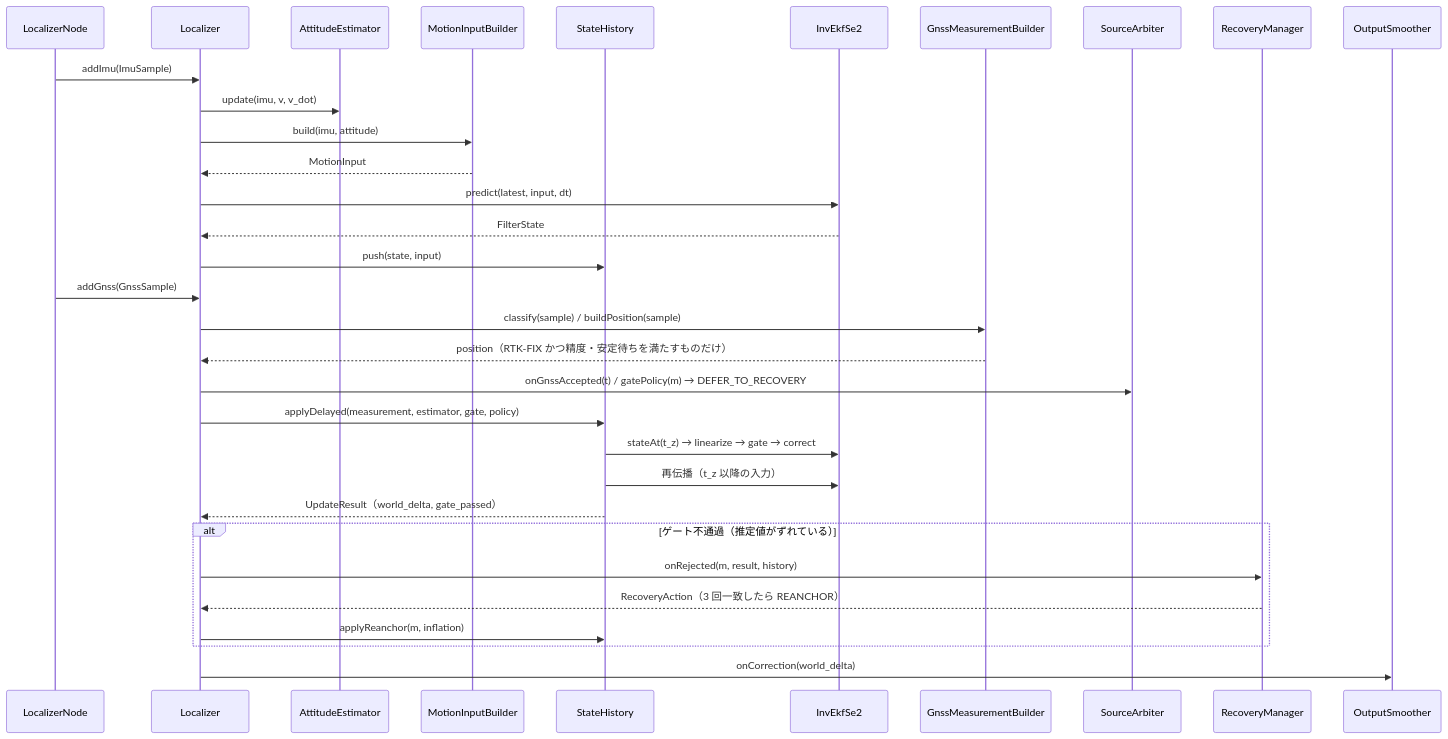
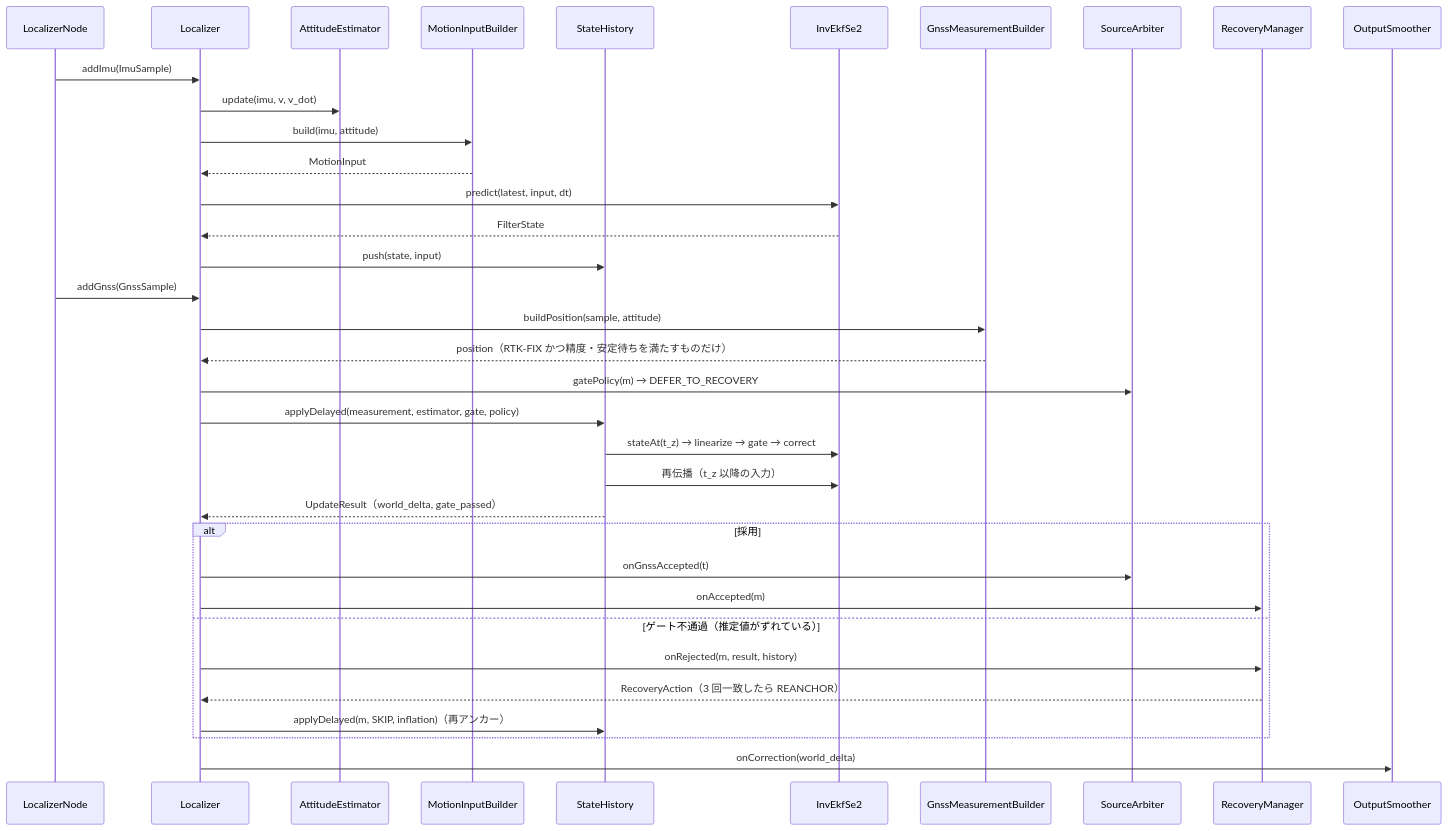
Before and after one commit to mamoru1126/gnss_and_lidar_localization: diagram 12 of 15 in docs/architecture.md, drawn with Mermaid. The commit also changed other lines of this file and 12 other files, not shown here.

First line of the commit message:
feat: 地図上での初期化にタイムアウトを追加し、Phase 2 に合わせて文書を更新

````diff
--- a/docs/architecture.md
+++ b/docs/architecture.md
@@ -893,36 +1099,39 @@
 ```mermaid
 sequenceDiagram
   participant N as LocalizerNode
   participant L as Localizer
   participant A as AttitudeEstimator
   participant M as MotionInputBuilder
   participant H as StateHistory
   participant E as InvEkfSe2
   participant G as GnssMeasurementBuilder
   participant AR as SourceArbiter
   participant RC as RecoveryManager
   participant S as OutputSmoother
 
   N->>L: addImu(ImuSample)
   L->>A: update(imu, v, v_dot)
   L->>M: build(imu, attitude)
   M-->>L: MotionInput
   L->>E: predict(latest, input, dt)
   E-->>L: FilterState
   L->>H: push(state, input)
 
   N->>L: addGnss(GnssSample)
-  L->>G: classify(sample) / buildPosition(sample)
+  L->>G: buildPosition(sample, attitude)
   G-->>L: position（RTK-FIX かつ精度・安定待ちを満たすものだけ）
-  L->>AR: onGnssAccepted(t) / gatePolicy(m) → DEFER_TO_RECOVERY
+  L->>AR: gatePolicy(m) → DEFER_TO_RECOVERY
   L->>H: applyDelayed(measurement, estimator, gate, policy)
   H->>E: stateAt(t_z) → linearize → gate → correct
   H->>E: 再伝播（t_z 以降の入力）
   H-->>L: UpdateResult（world_delta, gate_passed）
-  alt ゲート不通過（推定値がずれている）
+  alt 採用
+    L->>AR: onGnssAccepted(t)
+    L->>RC: onAccepted(m)
+  else ゲート不通過（推定値がずれている）
     L->>RC: onRejected(m, result, history)
     RC-->>L: RecoveryAction（3 回一致したら REANCHOR）
-    L->>H: applyReanchor(m, inflation)
+    L->>H: applyDelayed(m, SKIP, inflation)（再アンカー）
   end
   L->>S: onCorrection(world_delta)
 ```
````
